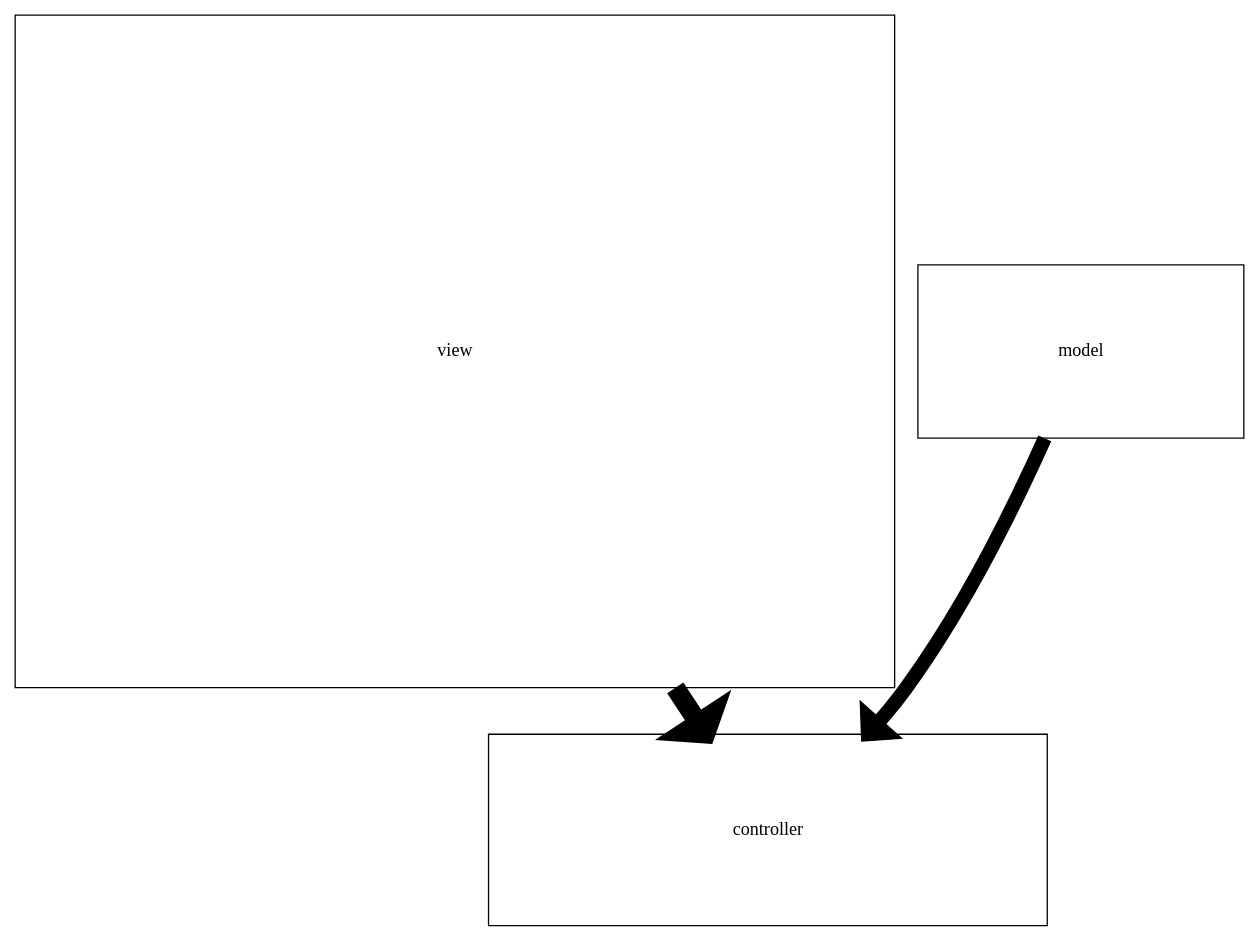
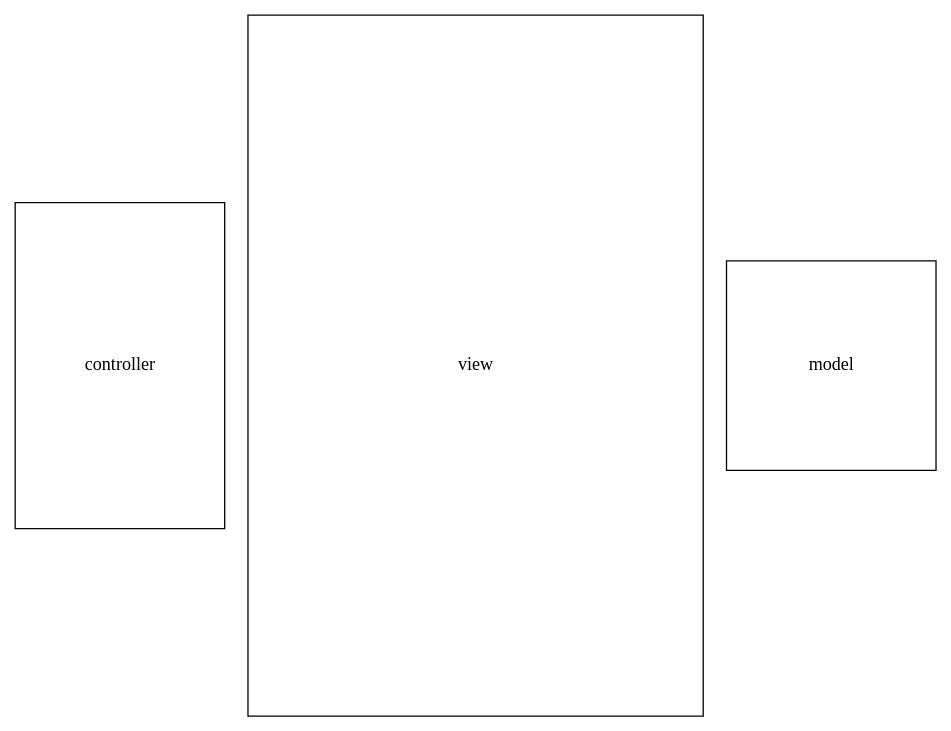
The diagram in protected/runtime/temp.dot (stefanrinderle/SoftViz3D), drawn with Graphviz before and after one commit. The commit also changed 4 other files, not shown here.

```diff
--- a/protected/runtime/temp.dot
+++ b/protected/runtime/temp.dot
@@ -1,7 +1,5 @@
 digraph G {
-    controller [ shape=rectangle,width=6,height=2.05555555556,fixedsize=true,type="node" ];
-    view [ shape=rectangle,width=9.44444444444,height=7.22222222222,fixedsize=true,type="node" ];
-    model [ shape=rectangle,width=3.5,height=1.86111111111,fixedsize=true,type="node" ];
-    view -> controller [ style="setlinewidth(15)",weight="setlinewidth(0.15)" ];
-    model -> controller [ style="setlinewidth(11)",weight="setlinewidth(0.11)" ];
+    controller [ shape=rectangle,width=2.25,height=3.5,fixedsize=true,type="node" ];
+    view [ shape=rectangle,width=4.88888888889,height=7.52777777778,fixedsize=true,type="node" ];
+    model [ shape=rectangle,width=2.25,height=2.25,fixedsize=true,type="node" ];
 }
```
